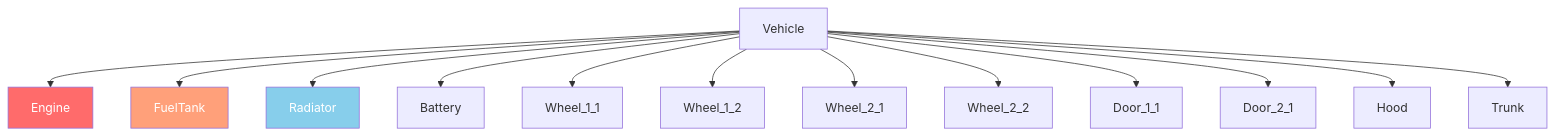
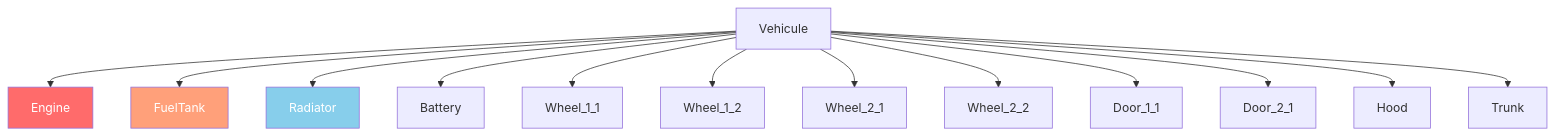
One commit to StarDZ-Team/DayZ-Modding-Wiki changed the diagram in fr/06-engine-api/02-vehicles.md. Above: the diagram before and after it, drawn with Mermaid. The commit also changed other lines of this file and 6 other files, not shown here.

````diff
--- a/fr/06-engine-api/02-vehicles.md
+++ b/fr/06-engine-api/02-vehicles.md
@@ -185,19 +185,19 @@
 ```mermaid
 graph TD
-    V[Vehicle] --> E[Engine]
+    V[Vehicule] --> E[Engine]
     V --> FT[FuelTank]
     V --> R[Radiator]
     V --> B[Battery]
     V --> W1[Wheel_1_1]
     V --> W2[Wheel_1_2]
     V --> W3[Wheel_2_1]
     V --> W4[Wheel_2_2]
     V --> D1[Door_1_1]
     V --> D2[Door_2_1]
     V --> H[Hood]
     V --> T[Trunk]
 
     style E fill:#ff6b6b,color:#fff
     style FT fill:#ffa07a,color:#fff
     style R fill:#87ceeb,color:#fff
 ```
````
